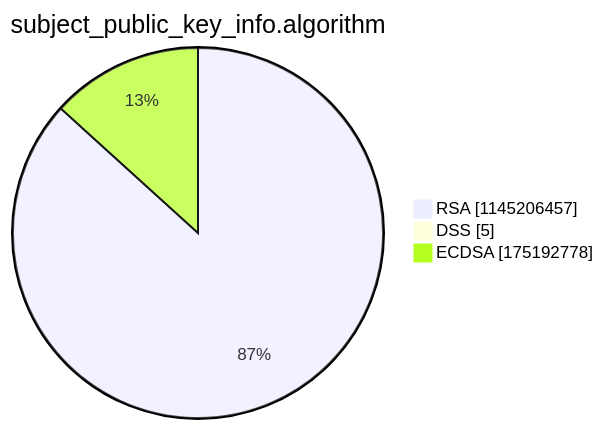
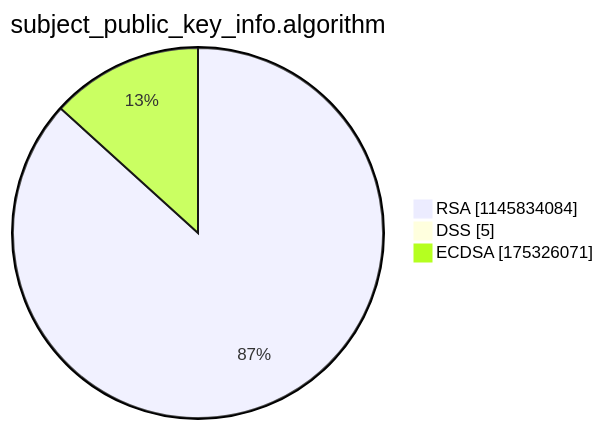
Before and after one commit to christiankrug/ctmonitor_visualization: the third of 15 diagrams in argon2022/README.md, drawn with Mermaid. The commit also changed other lines of this file, not shown here.

````diff
--- a/argon2022/README.md
+++ b/argon2022/README.md
@@ -14,7 +14,7 @@
 ```mermaid
 pie showData
 title subject_public_key_info.algorithm
-"RSA" :1145206457
+"RSA" :1145834084
 "DSS" :5
-"ECDSA" :175192778
+"ECDSA" :175326071
 ```
````
